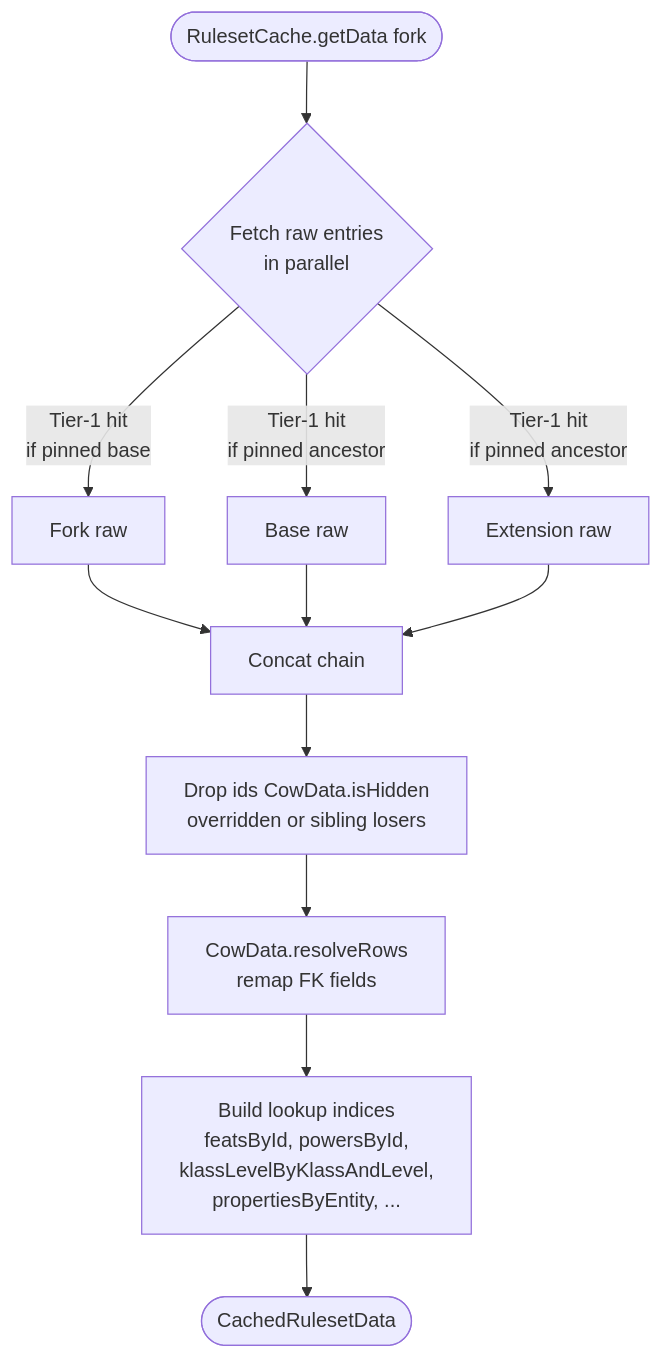
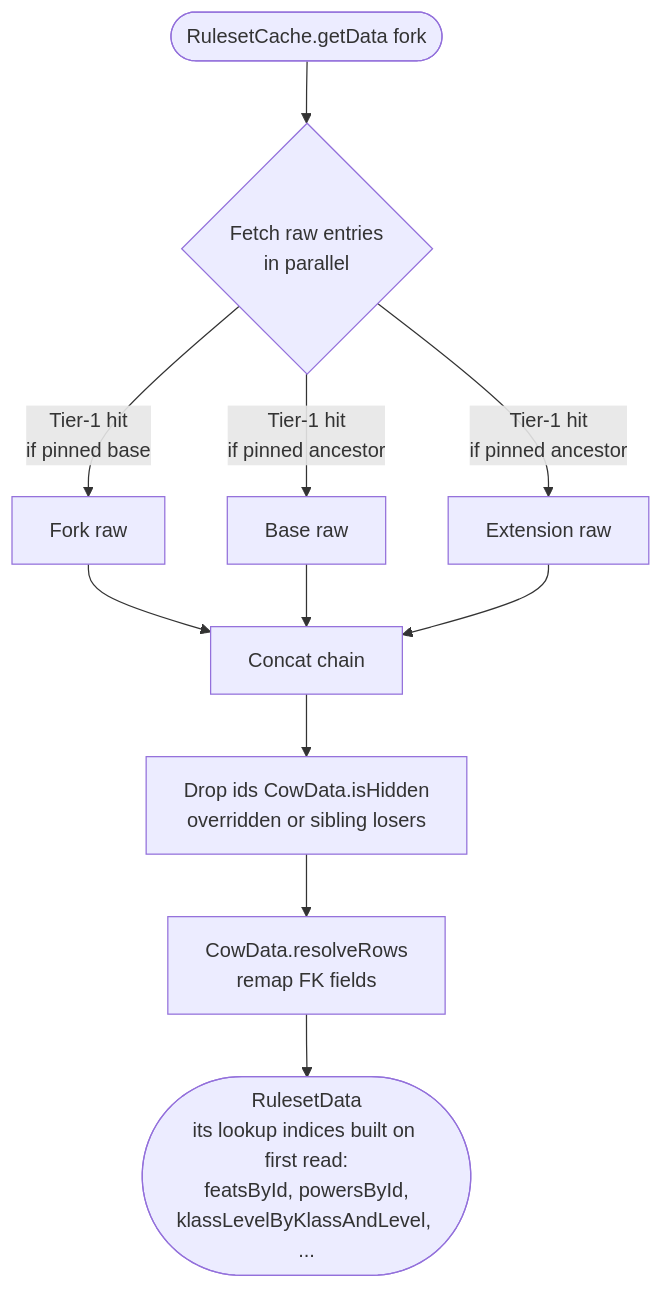
The second of 7 diagrams in docs/caching.md (PhilippeChab/arkyvree), drawn with Mermaid before and after one commit. The commit also changed other lines of this file and 50 other files, not shown here.

First line of the commit message:
Build a ruleset view's indices on first read: RulesetData, a class

````diff
--- a/docs/caching.md
+++ b/docs/caching.md
@@ -207,14 +207,13 @@
 ```mermaid
 flowchart TD
     Start([RulesetCache.getData fork]) --> Fetch{Fetch raw entries<br/>in parallel}
     Fetch -->|Tier-1 hit<br/>if pinned base| ForkRaw[Fork raw]
     Fetch -->|Tier-1 hit<br/>if pinned ancestor| BaseRaw[Base raw]
     Fetch -->|Tier-1 hit<br/>if pinned ancestor| ExtRaw[Extension raw]
     ForkRaw --> Concat[Concat chain]
     BaseRaw --> Concat
     ExtRaw --> Concat
     Concat --> Exclude[Drop ids CowData.isHidden<br/>overridden or sibling losers]
     Exclude --> FKRemap[CowData.resolveRows<br/>remap FK fields]
-    FKRemap --> BuildMaps[Build lookup indices<br/>featsById, powersById,<br/>klassLevelByKlassAndLevel,<br/>propertiesByEntity, ...]
-    BuildMaps --> Out([CachedRulesetData])
+    FKRemap --> Out([RulesetData<br/>its lookup indices built on first read:<br/>featsById, powersById,<br/>klassLevelByKlassAndLevel, ...])
 ```
````
